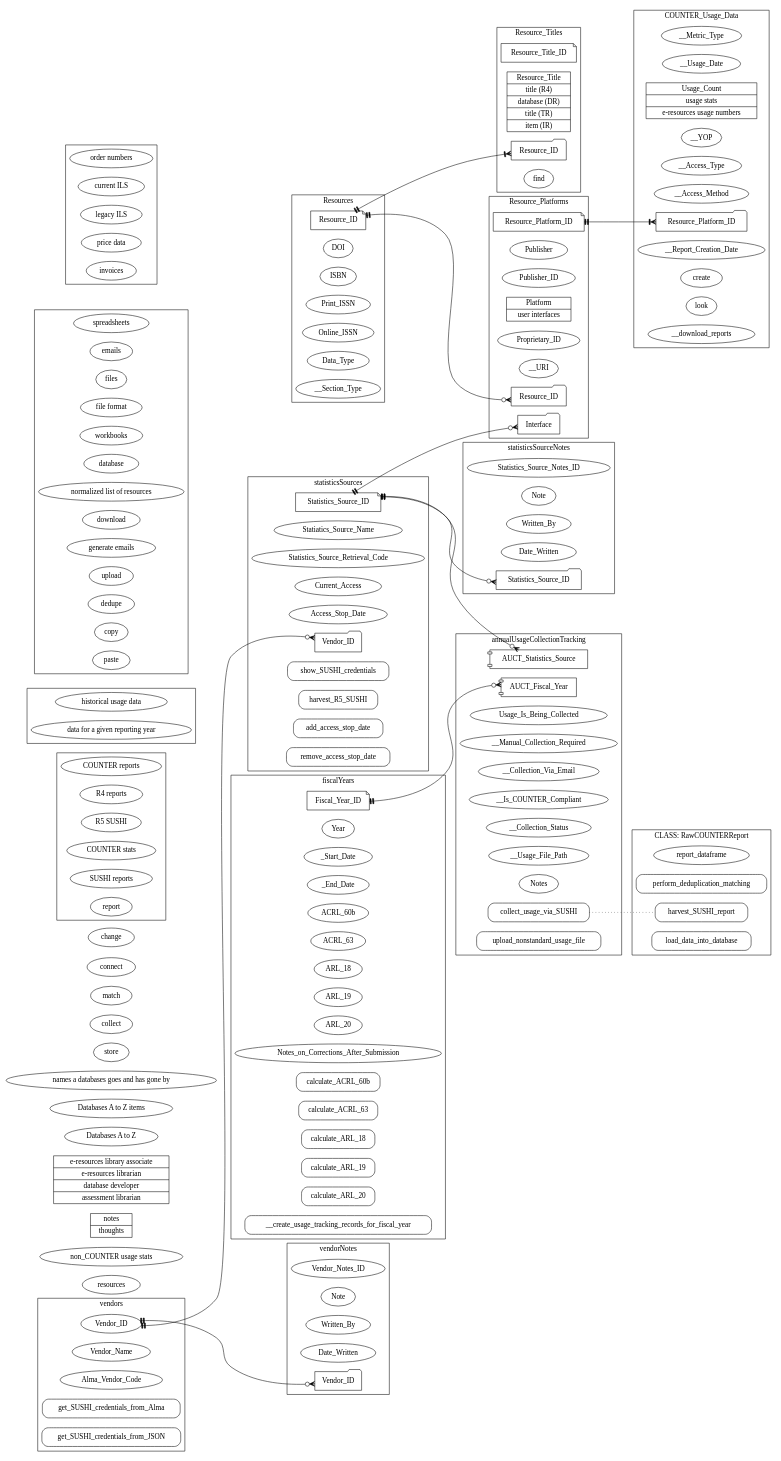
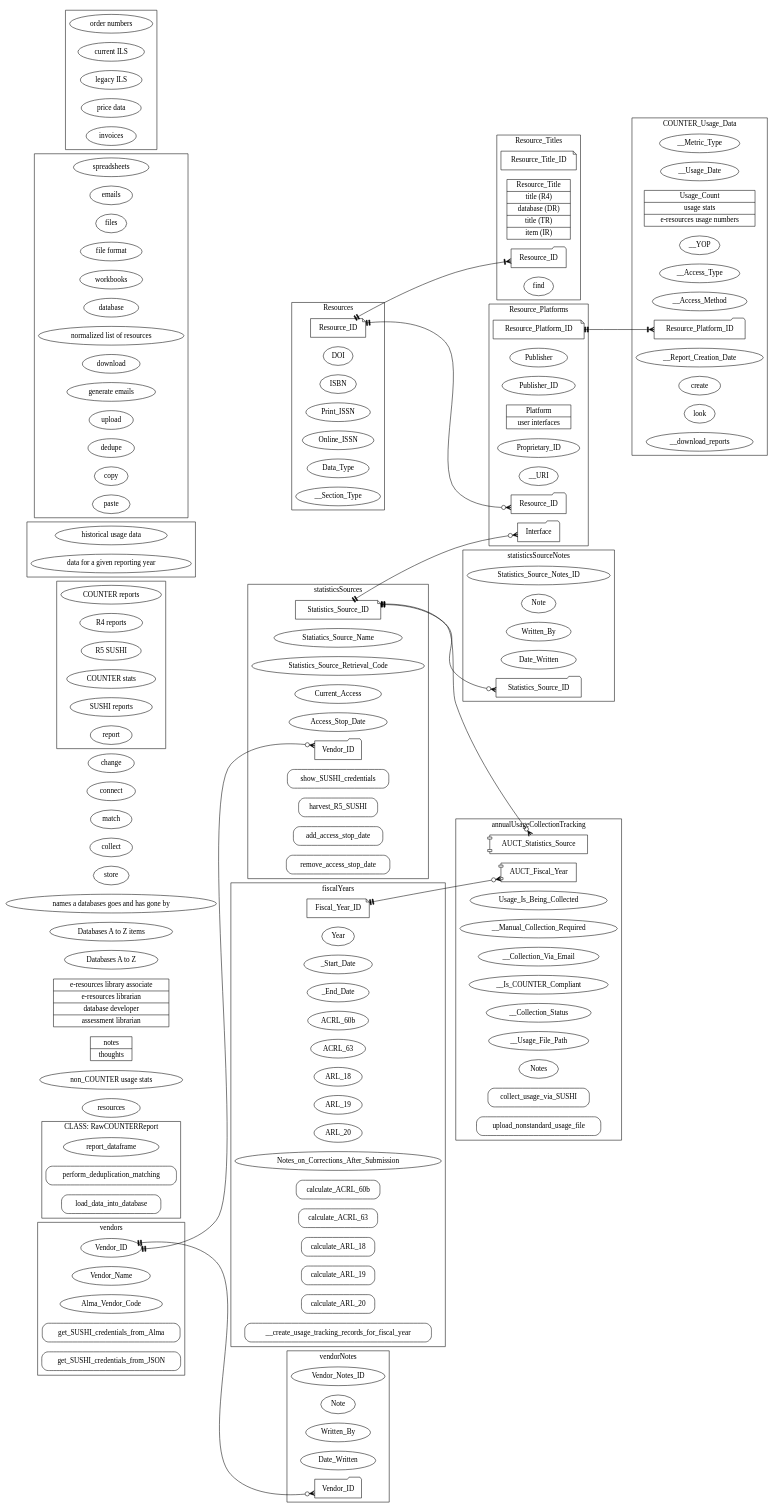
One commit to ereiskind/nolcat changed the diagram in docs/source/erd_and_class_diagram.dot. Above: the diagram before and after it, drawn with Graphviz. The commit also changed 1 other file, not shown here.

```diff
--- a/docs/source/erd_and_class_diagram.dot
+++ b/docs/source/erd_and_class_diagram.dot
@@ -224,7 +224,6 @@
 
         // Methods
         perform_deduplication_matching [shape="Mrecord"]
-        harvest_SUSHI_report [shape="Mrecord"]
         load_data_into_database [shape="Mrecord"]
     }
 
@@ -297,11 +296,6 @@
     ]
 
     // The relationships below connect potential methods in ERD relations methods in existing classes; they are connected by a dotted line with no arrow
-
-    collect_usage_via_SUSHI -> harvest_SUSHI_report [
-        dir="none"
-        style="dotted"
-    ]
 
 
     /* *** OBJECTS TO BE ORGANIZED *** */
```
